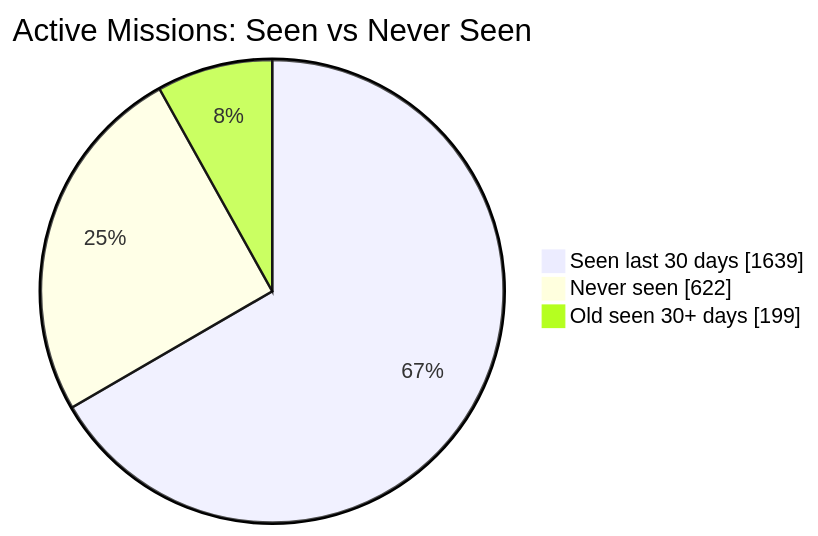
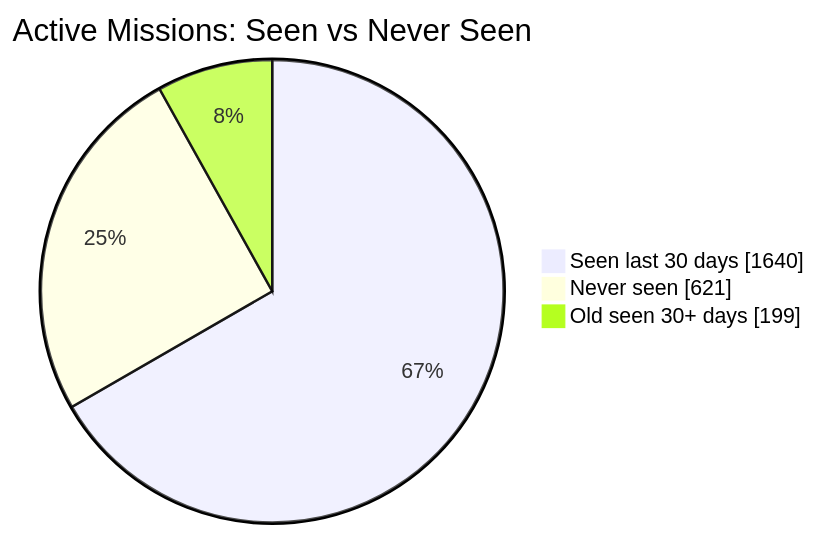
The first of 2 diagrams in README.md (MeldkamerspelGameTeam/active-missions), drawn with Mermaid before and after one commit. The commit also changed other lines of this file and 2 other files, not shown here.

````diff
--- a/README.md
+++ b/README.md
@@ -34,7 +34,7 @@
 ```mermaid
 pie showData
     title Active Missions: Seen vs Never Seen
-    "Seen last 30 days" : 1639
-    "Never seen" : 622
+    "Seen last 30 days" : 1640
+    "Never seen" : 621
     "Old seen 30+ days" : 199
 ```
````
